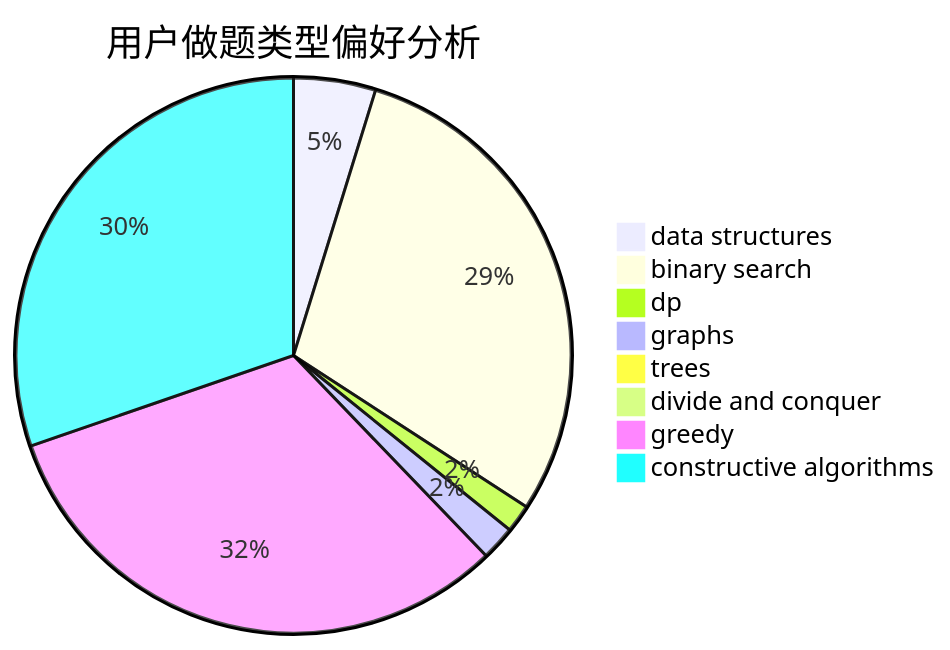
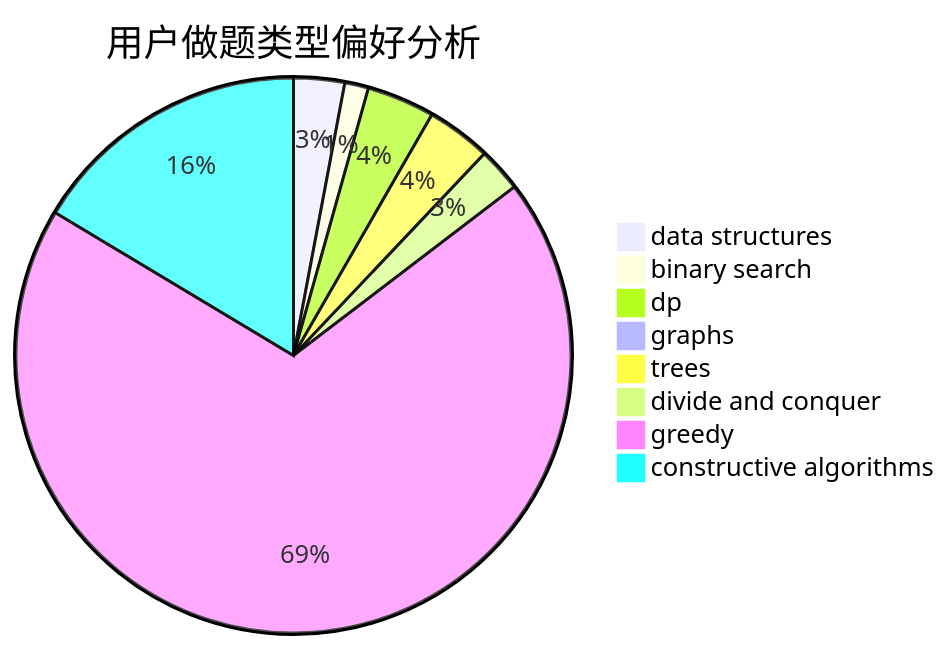
One commit to sherpahu/cfrs.github.io changed the second of 3 diagrams in docs/user/u825.md. Above: the diagram before and after it, drawn with Mermaid. The commit also changed other lines of this file and 2770 other files, not shown here.

````diff
--- a/docs/user/u825.md
+++ b/docs/user/u825.md
@@ -23,11 +23,11 @@
 ```mermaid
 pie title 用户做题类型偏好分析
-    "data structures" :  38
-    "binary search" :  234
-    "dp" :  13
-    "graphs" :  16
-    "trees" :  6
-    "divide and conquer" :  0
-    "greedy" :  254
-    "constructive algorithms" :  241
+    "data structures" :  15
+    "binary search" :  7
+    "dp" :  20
+    "graphs" :  0
+    "trees" :  19
+    "divide and conquer" :  13
+    "greedy" :  349
+    "constructive algorithms" :  83
 ```
````
